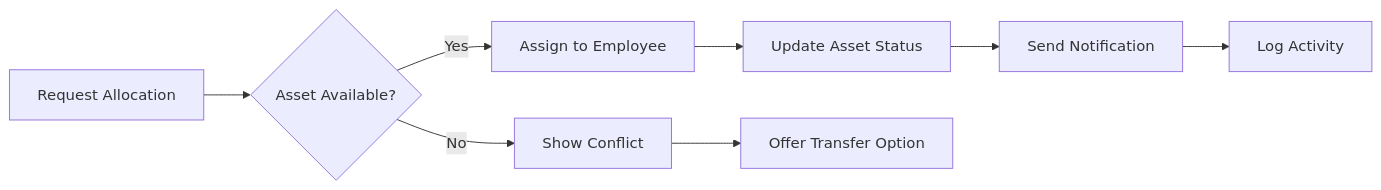
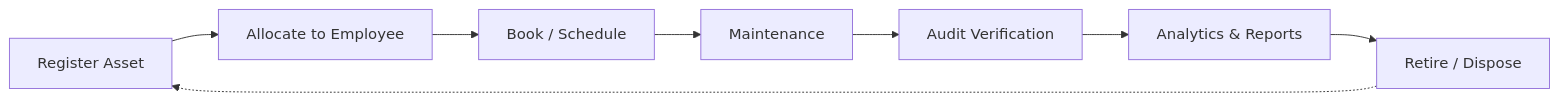
The first of 6 diagrams in README.md (Shubham-997800/assetrix), drawn with Mermaid before and after one commit. The commit also changed other lines of this file and 15 other files, not shown here.

````diff
--- a/README.md
+++ b/README.md
@@ -403,10 +197,10 @@
 ```mermaid
-graph LR
-    A[Request Allocation] --> B{Asset Available?}
-    B -->|Yes| C[Assign to Employee]
-    B -->|No| D[Show Conflict]
-    C --> E[Update Asset Status]
-    E --> F[Send Notification]
-    F --> G[Log Activity]
-    D --> H[Offer Transfer Option]
+flowchart LR
+    A[Register Asset] --> B[Allocate to Employee]
+    B --> C[Book / Schedule]
+    C --> D[Maintenance]
+    D --> E[Audit Verification]
+    E --> F[Analytics & Reports]
+    F --> G[Retire / Dispose]
+    G -.-> A
 ```
````
